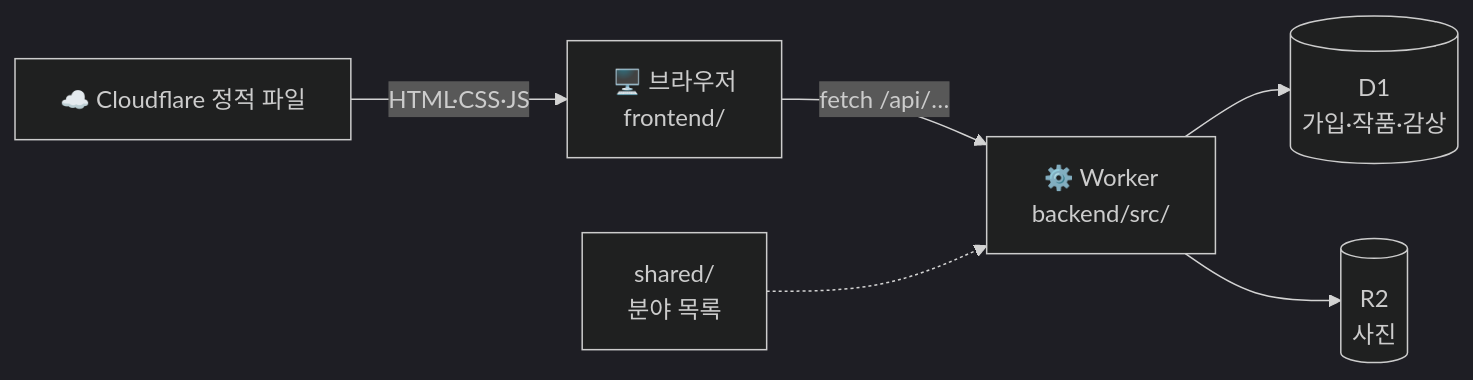
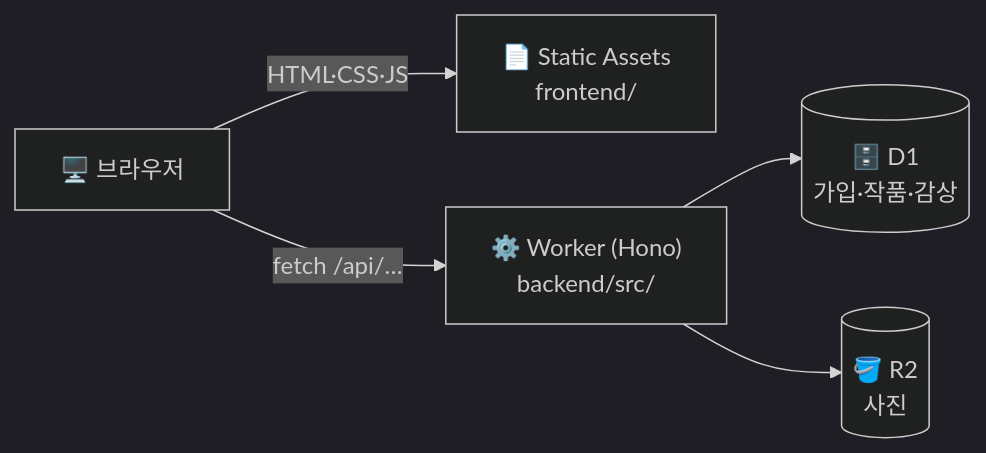
One commit to 10x4hs/p-art changed the diagram in README.md. Above: the diagram before and after it, drawn with Mermaid (dark theme). The commit also changed other lines of this file and 2 other files, not shown here.

````diff
--- a/README.md
+++ b/README.md
@@ -28,8 +47,7 @@
 ```mermaid
 flowchart LR
-  B["🖥️ 브라우저<br/>frontend/"] -- "fetch /api/…" --> W["⚙️ Worker<br/>backend/src/"]
-  CF["☁️ Cloudflare 정적 파일"] -- "HTML·CSS·JS" --> B
-  W --> D1[("D1<br/>가입·작품·감상")]
-  W --> R2[("R2<br/>사진")]
-  SH["shared/<br/>분야 목록"] -.-> W
+  B["🖥️ 브라우저"] -- "HTML·CSS·JS" --> SA["📄 Static Assets<br/>frontend/"]
+  B -- "fetch /api/…" --> W["⚙️ Worker (Hono)<br/>backend/src/"]
+  W --> D1[("🗄️ D1<br/>가입·작품·감상")]
+  W --> R2[("🪣 R2<br/>사진")]
 ```
````
